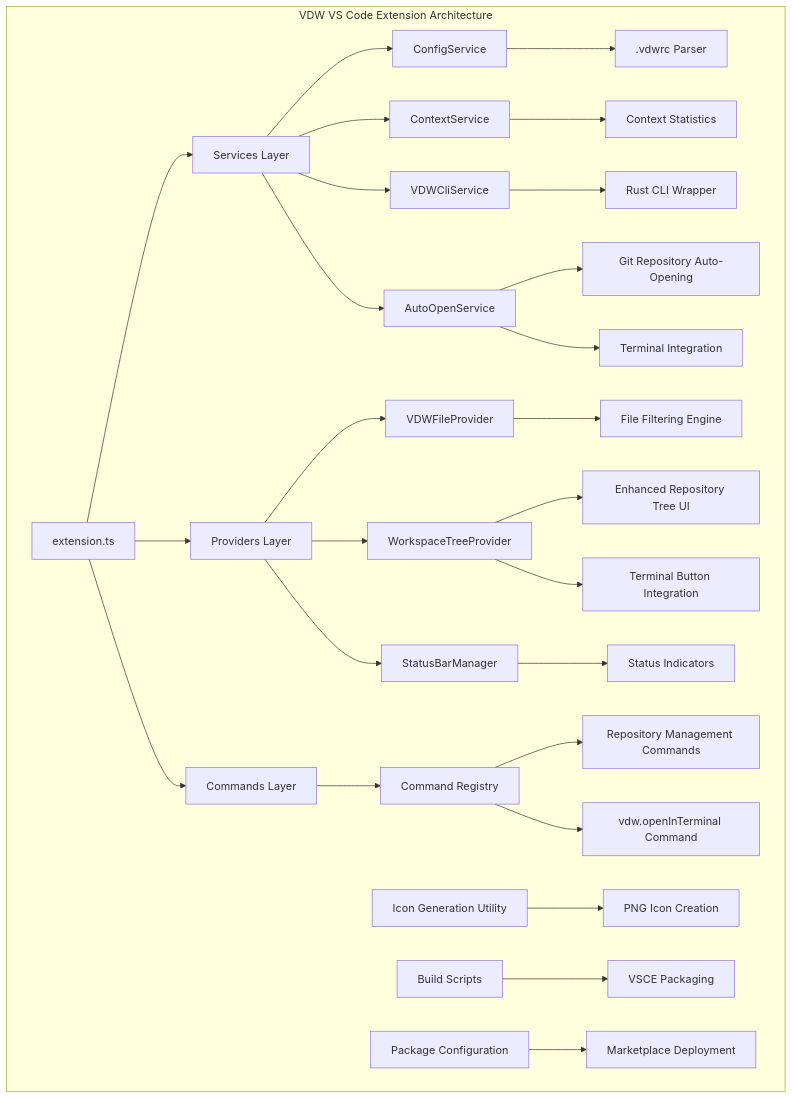
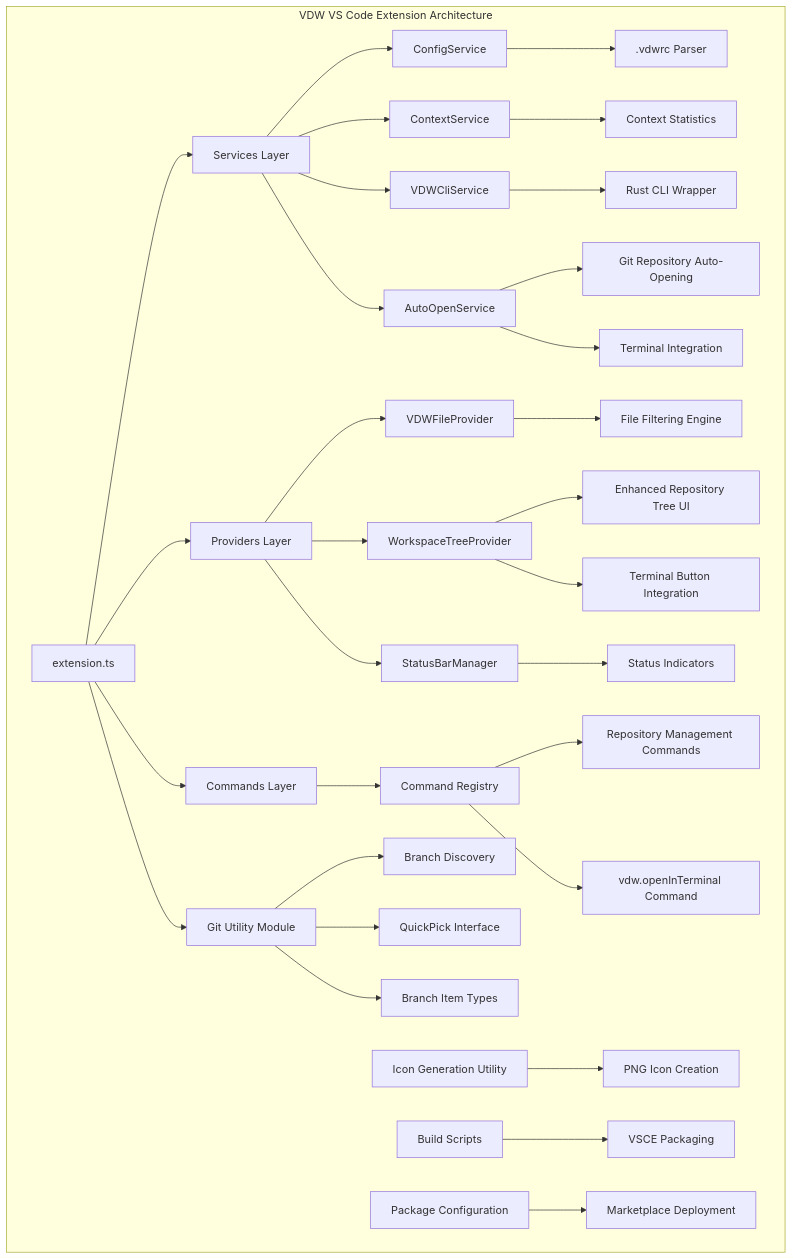
Before and after one commit to HWH-2019/vdw: the first of 6 diagrams in .qoder/repowiki/en/content/Core Features Documentation/VS Code Plugin Bridge & IDE Integration.md, drawn with Mermaid. The commit also changed other lines of this file and 4 other files, not shown here.

````diff
--- a/.qoder/repowiki/en/content/Core Features Documentation/VS Code Plugin Bridge & IDE Integration.md
+++ b/.qoder/repowiki/en/content/Core Features Documentation/VS Code Plugin Bridge & IDE Integration.md
@@ -62,30 +68,34 @@
 ```mermaid
 graph TB
 subgraph "VDW VS Code Extension Architecture"
 A[extension.ts] --> B[Services Layer]
 A --> C[Providers Layer]
 A --> D[Commands Layer]
+A --> EE[Git Utility Module]
 B --> E[ConfigService]
 B --> F[ContextService]
 B --> G[VDWCliService]
 B --> H[AutoOpenService]
 C --> I[VDWFileProvider]
 C --> J[WorkspaceTreeProvider]
 C --> K[StatusBarManager]
 D --> L[Command Registry]
+EE --> FF[Branch Discovery]
+EE --> GG[QuickPick Interface]
+EE --> HH[Branch Item Types]
 E --> M[.vdwrc Parser]
 F --> N[Context Statistics]
 G --> O[Rust CLI Wrapper]
 H --> P[Git Repository Auto-Opening]
 H --> Q[Terminal Integration]
 I --> R[File Filtering Engine]
 J --> S[Enhanced Repository Tree UI]
 J --> T[Terminal Button Integration]
 K --> U[Status Indicators]
 L --> V[Repository Management Commands]
 L --> W[vdw.openInTerminal Command]
 X[Icon Generation Utility] --> Y[PNG Icon Creation]
 Z[Build Scripts] --> AA[VSCE Packaging]
 AB[Package Configuration] --> AC[Marketplace Deployment]
 end
 ```
````
